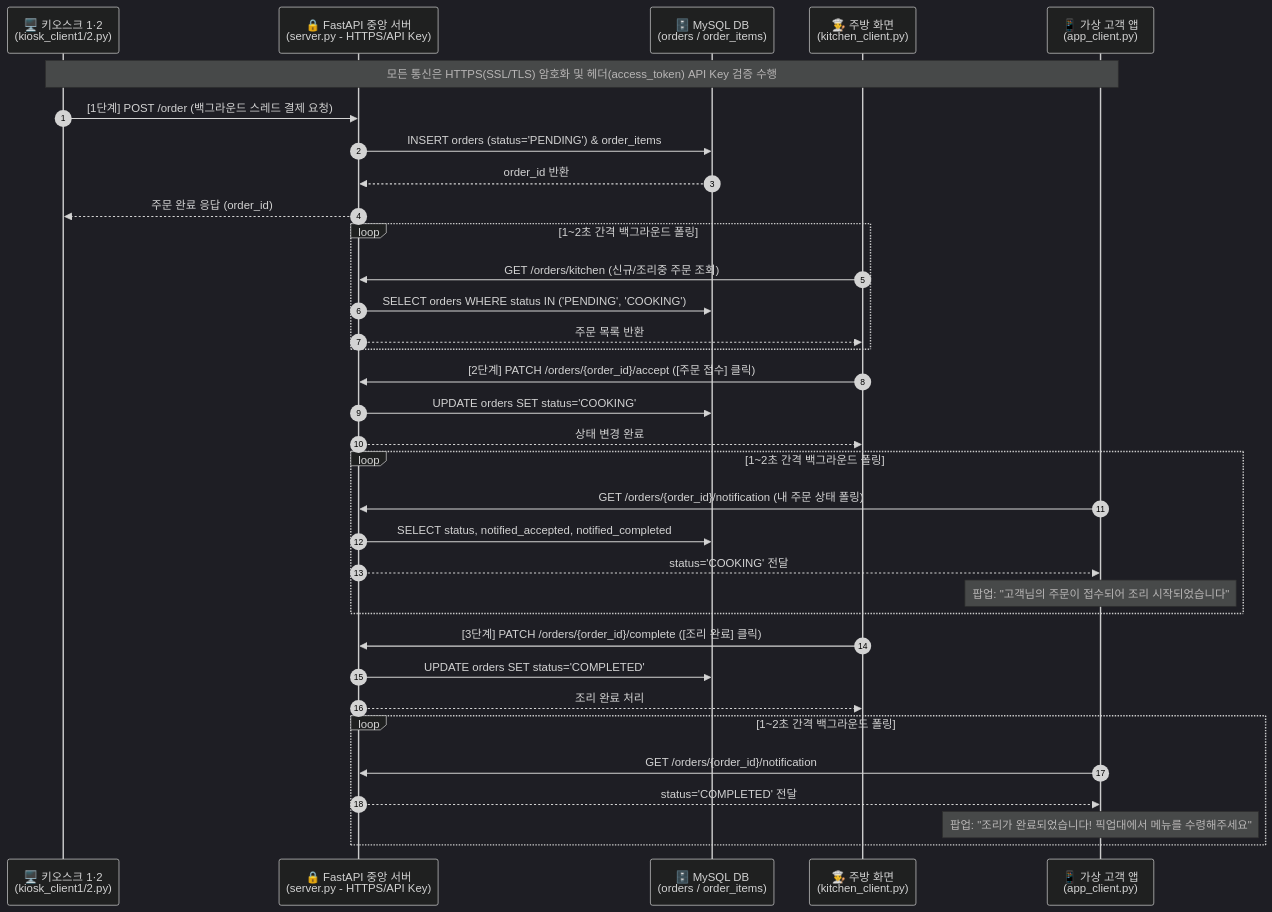
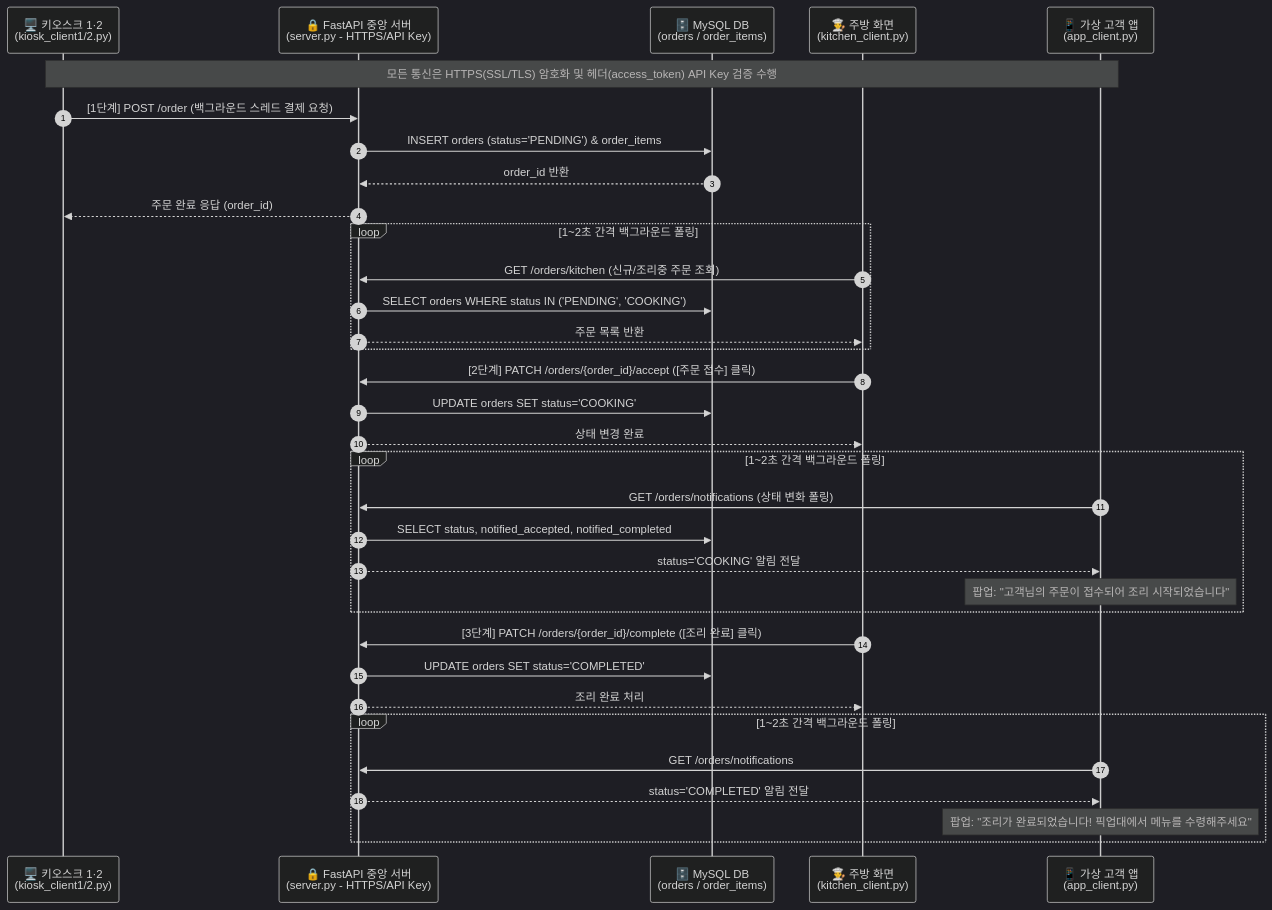
The first of 2 diagrams in PLAN.md (bodasoo/bds-kiosk), drawn with Mermaid (dark theme) before and after one commit. The commit also changed other lines of this file, not shown here.

````diff
--- a/PLAN.md
+++ b/PLAN.md
@@ -23,43 +122,43 @@
 ```mermaid
 sequenceDiagram
     autonumber
     participant K as 🖥️ 키오스크 1·2<br/>(kiosk_client1/2.py)
     participant S as 🔒 FastAPI 중앙 서버<br/>(server.py - HTTPS/API Key)
     participant DB as 🗄️ MySQL DB<br/>(orders / order_items)
     participant KT as 👨‍🍳 주방 화면<br/>(kitchen_client.py)
     participant APP as 📱 가상 고객 앱<br/>(app_client.py)
 
     Note over K,APP: 모든 통신은 HTTPS(SSL/TLS) 암호화 및 헤더(access_token) API Key 검증 수행
 
     K->>S: [1단계] POST /order (백그라운드 스레드 결제 요청)
     S->>DB: INSERT orders (status='PENDING') & order_items
     DB-->>S: order_id 반환
     S-->>K: 주문 완료 응답 (order_id)
 
     loop 1~2초 간격 백그라운드 폴링
         KT->>S: GET /orders/kitchen (신규/조리중 주문 조회)
         S->>DB: SELECT orders WHERE status IN ('PENDING', 'COOKING')
         S-->>KT: 주문 목록 반환
     end
 
     KT->>S: [2단계] PATCH /orders/{order_id}/accept ([주문 접수] 클릭)
     S->>DB: UPDATE orders SET status='COOKING'
     S-->>KT: 상태 변경 완료
 
     loop 1~2초 간격 백그라운드 폴링
-        APP->>S: GET /orders/{order_id}/notification (내 주문 상태 폴링)
+        APP->>S: GET /orders/notifications (상태 변화 폴링)
         S->>DB: SELECT status, notified_accepted, notified_completed
-        S-->>APP: status='COOKING' 전달
+        S-->>APP: status='COOKING' 알림 전달
         Note over APP: 팝업: "고객님의 주문이 접수되어 조리 시작되었습니다"
     end
 
     KT->>S: [3단계] PATCH /orders/{order_id}/complete ([조리 완료] 클릭)
     S->>DB: UPDATE orders SET status='COMPLETED'
     S-->>KT: 조리 완료 처리
 
     loop 1~2초 간격 백그라운드 폴링
-        APP->>S: GET /orders/{order_id}/notification
-        S-->>APP: status='COMPLETED' 전달
+        APP->>S: GET /orders/notifications
+        S-->>APP: status='COMPLETED' 알림 전달
         Note over APP: 팝업: "조리가 완료되었습니다! 픽업대에서 메뉴를 수령해주세요"
     end
 ```
````
